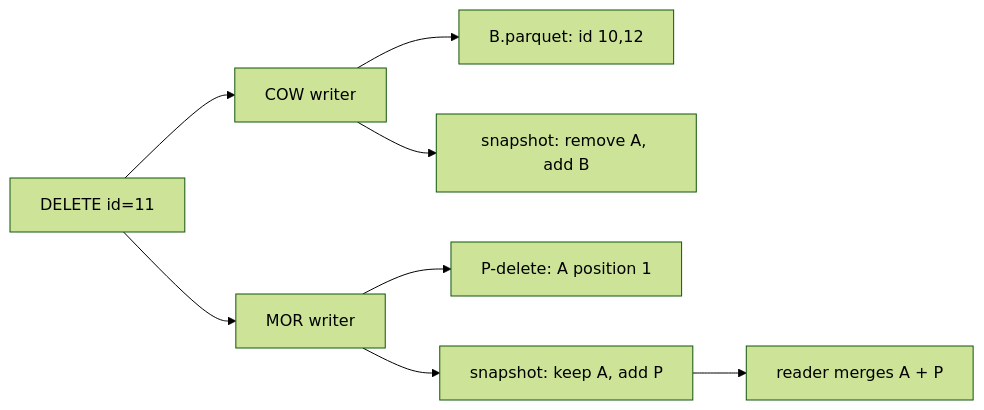
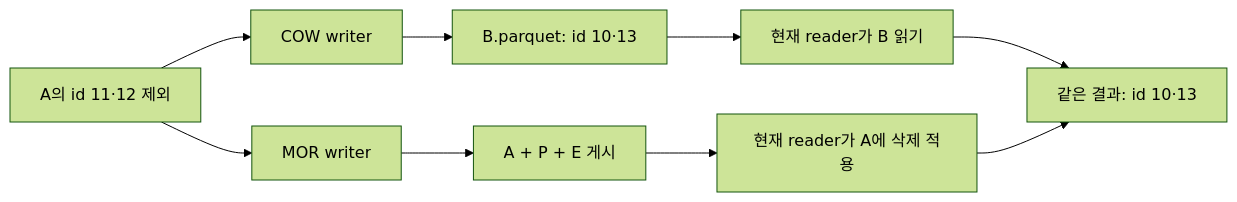
Before and after one commit to mj006648/netai-devsecops-runbook: the fifth of 5 diagrams in learning/apache-iceberg/05-format-v1-v2.md, drawn with Mermaid (forest theme). The commit also changed other lines of this file and 24 other files, not shown here.

````diff
--- a/learning/apache-iceberg/05-format-v1-v2.md
+++ b/learning/apache-iceberg/05-format-v1-v2.md
@@ -243,10 +275,11 @@
 ```mermaid
 flowchart LR
-    X["DELETE id=11"] --> C["COW writer"]
+    X["A의 id 11·12 제외"] --> C["COW writer"]
     X --> M["MOR writer"]
-    C --> B["B.parquet: id 10,12"]
-    C --> CM["snapshot: remove A, add B"]
-    M --> P["P-delete: A position 1"]
-    M --> MM["snapshot: keep A, add P"]
-    MM --> R["reader merges A + P"]
+    C --> B["B.parquet: id 10·13"]
+    B --> CR["현재 reader가 B 읽기"]
+    M --> D["A + P + E 게시"]
+    D --> MR["현재 reader가 A에 삭제 적용"]
+    CR --> R["같은 결과: id 10·13"]
+    MR --> R
 ```
````
